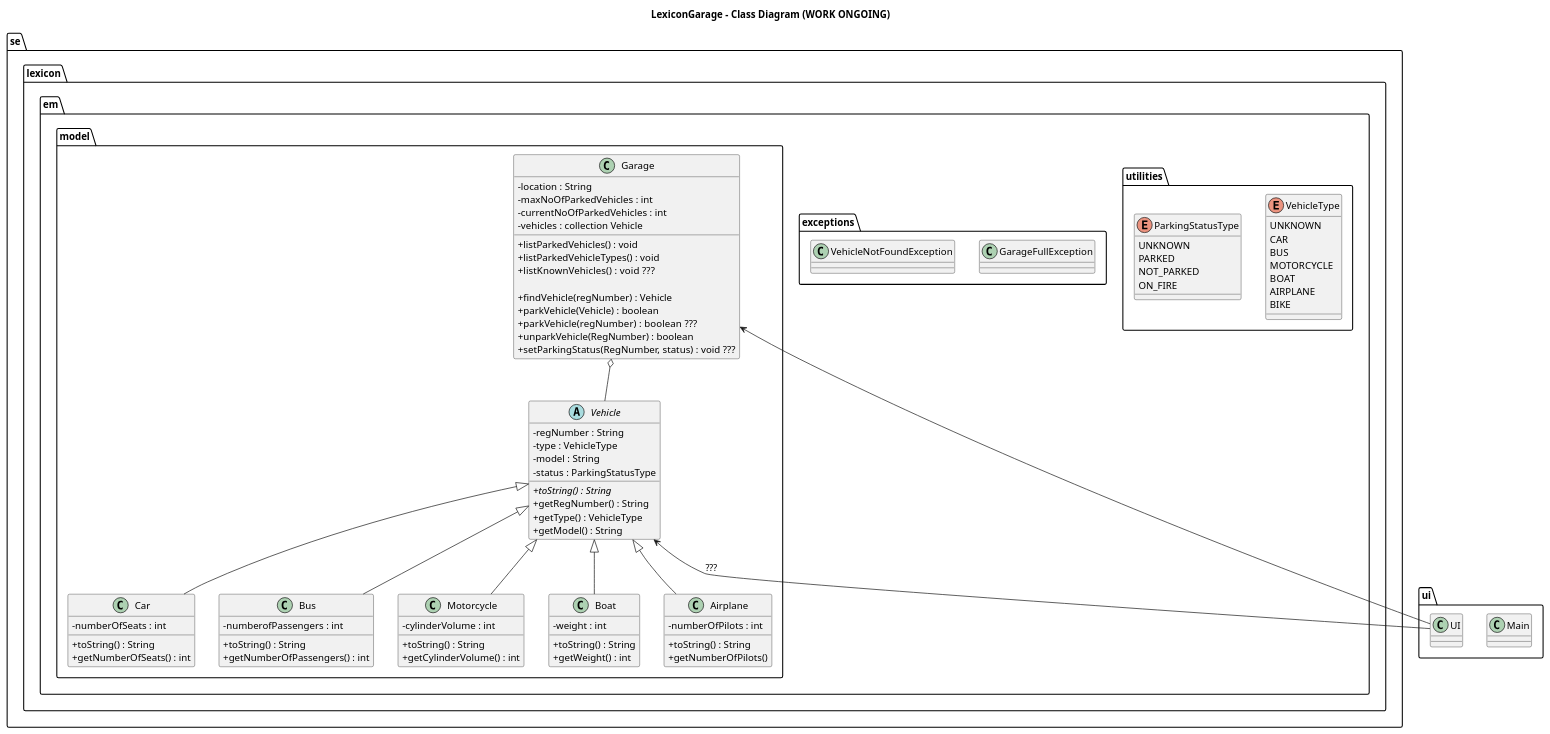
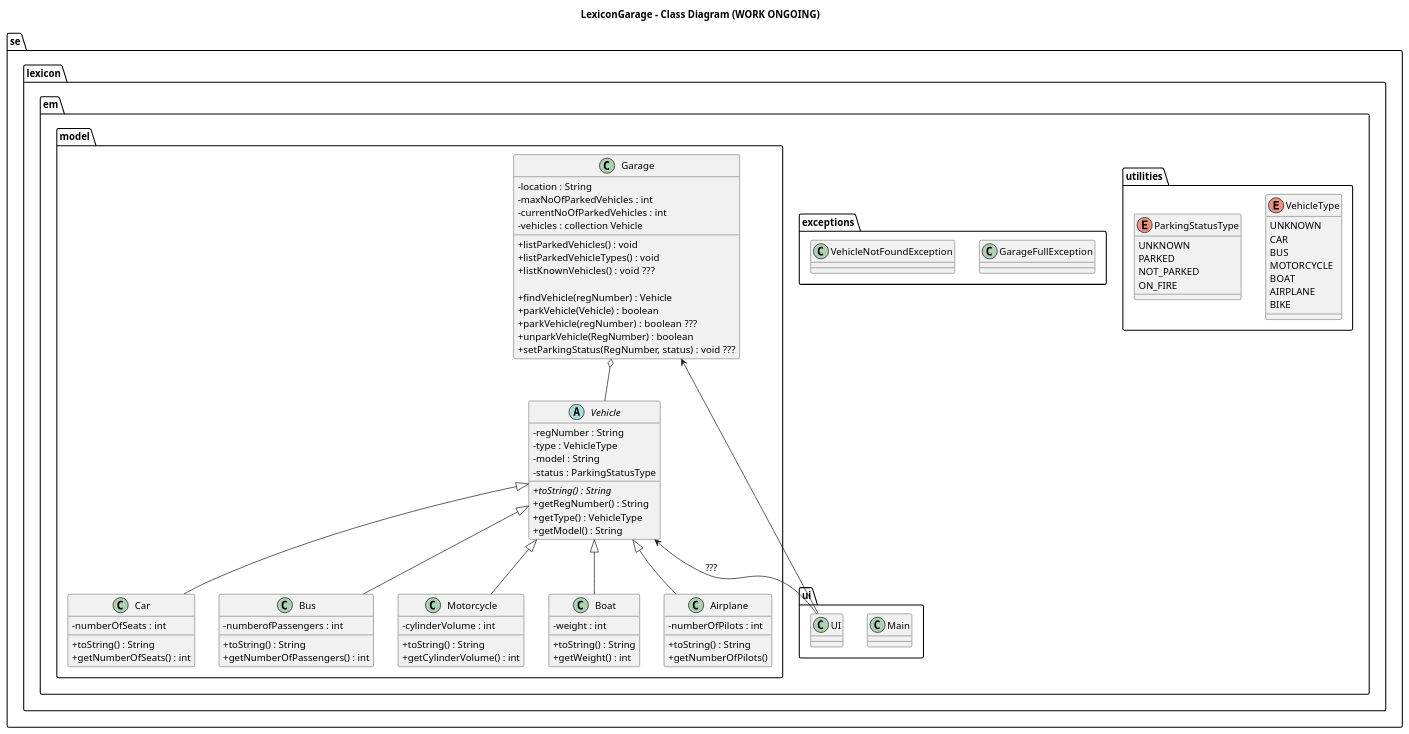
The diagram in classDiagram.puml (wikitrom/lexicon-garage), drawn with PlantUML before and after one commit.

Commit message:
Rename package name ui to se.lexicon.em.ui

```diff
--- a/classDiagram.puml
+++ b/classDiagram.puml
@@ -1,137 +1,137 @@
 @startuml
 
 ' settings
 ' --------------------------------------------
 skinparam classAttributeIconSize 0
 
 title LexiconGarage - Class Diagram (WORK ONGOING)
 
 ' define packages/namespaces and/or classes
 ' --------------------------------------------
 
 namespace se.lexicon.em.utilities {
 enum VehicleType {
   UNKNOWN
   CAR
   BUS
   MOTORCYCLE
   BOAT
   AIRPLANE
   BIKE
 }
 
 enum ParkingStatusType {
   UNKNOWN
   PARKED
   NOT_PARKED
   ON_FIRE
   }
 
 }
 ' --- end namespace/package
 
-namespace ui {
+namespace se.lexicon.em.ui {
 class Main
 class UI
 }
 ' --- end namespace/package
 
 namespace se.lexicon.em.exceptions {
 class GarageFullException
 class VehicleNotFoundException
 }
 ' --- end namespace/package
 
 namespace se.lexicon.em.model {
 
 ' -- Classes
 class Garage {
   -location : String
   -maxNoOfParkedVehicles : int
   -currentNoOfParkedVehicles : int
   -vehicles : collection Vehicle
 
   +listParkedVehicles() : void
   +listParkedVehicleTypes() : void
   +listKnownVehicles() : void  ???
 
   +findVehicle(regNumber) : Vehicle
   +parkVehicle(Vehicle) : boolean
   +parkVehicle(regNumber) : boolean  ???
   +unparkVehicle(RegNumber) : boolean
   +setParkingStatus(RegNumber, status) : void ???
 
 }
 
 abstract class Vehicle {
   -regNumber : String
   -type : VehicleType
   -model : String
   -status : ParkingStatusType
 
   {abstract} +toString() : String
   +getRegNumber() : String
   +getType() : VehicleType
   +getModel() : String
 
 }
 
 class Car {
   -numberOfSeats : int
 
   +toString() : String
   +getNumberOfSeats() : int
 }
 
 class Bus {
   -numberofPassengers : int
 
   +toString() : String
   +getNumberOfPassengers() : int
 }
 
 class Motorcycle {
   -cylinderVolume : int
 
   +toString() : String
   +getCylinderVolume() : int
 }
 
 class Boat {
   -weight : int
 
   +toString() : String
   +getWeight() : int
 }
 
 class Airplane {
  -numberOfPilots : int
 
   +toString() : String
   +getNumberOfPilots()
 }
 
 
 ' -- Relations
 
 Vehicle <|-- Car
 Vehicle <|-- Bus
 Vehicle <|-- Motorcycle
 Vehicle <|-- Boat
 Vehicle <|-- Airplane
 
 Garage o-- Vehicle
 
 }
 ' --- end namespace/package
 
 
 ' define relations between packages/namespaces
 ' --------------------------------------------
 
-se.lexicon.em.model.Garage <-down- ui.UI
-se.lexicon.em.model.Vehicle <-down- ui.UI  : ???
+se.lexicon.em.model.Garage <-down- se.lexicon.em.ui.UI
+se.lexicon.em.model.Vehicle <-down- se.lexicon.em.ui.UI  : ???
 ' se.lexicon.em.utilities -- se.lexicon.em.model.Vehicle
 ' se.lexicon.em.exceptions -up- se.lexicon.em.model
 
 @enduml
```
